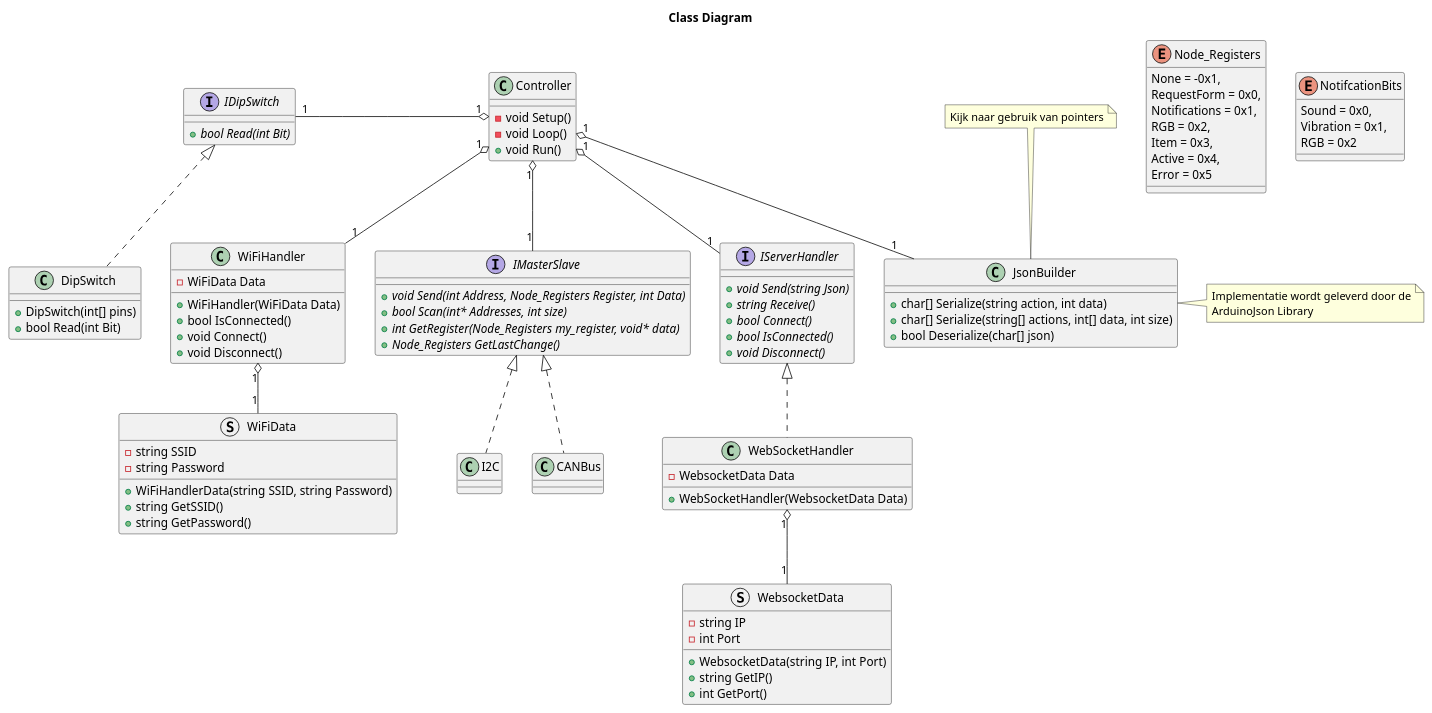
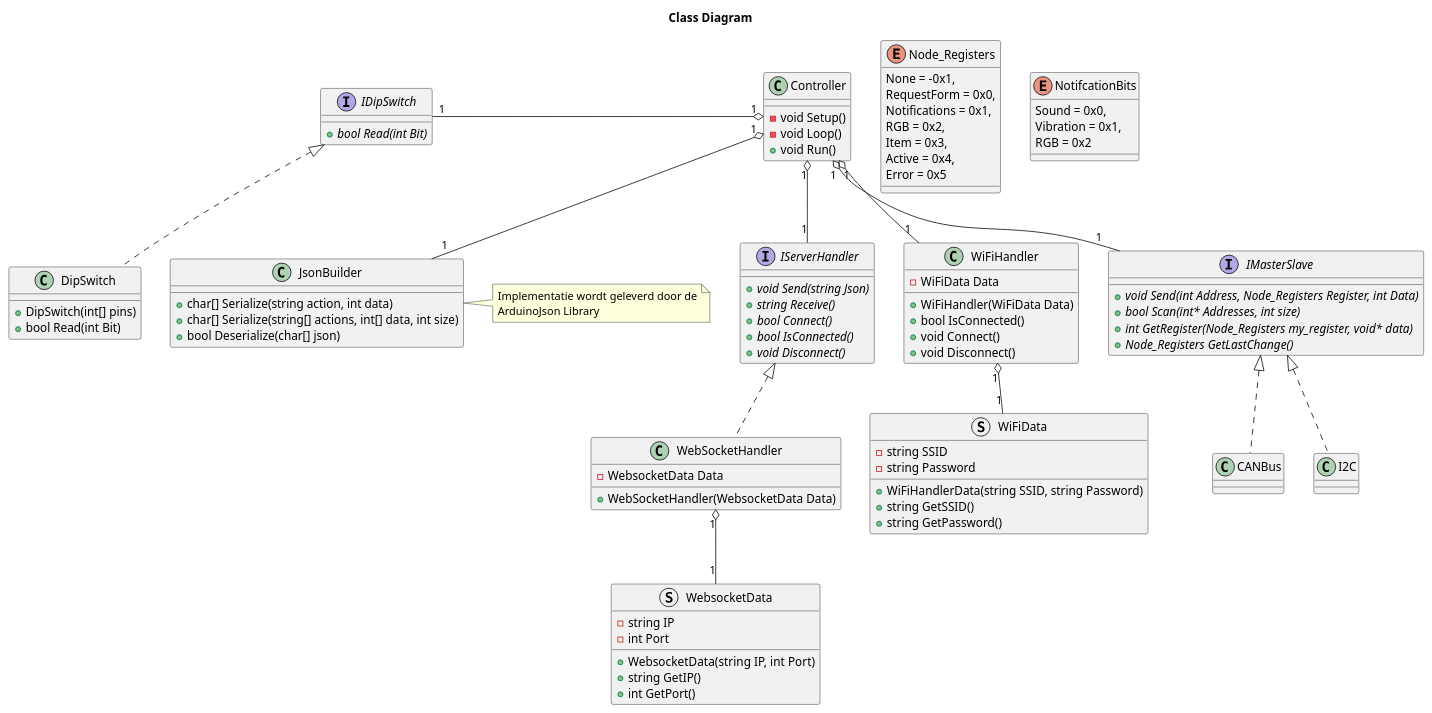
Before and after one commit to T3-FindIt/FindIt: the diagram in Designs/ESP-32/Design.wsd, drawn with PlantUML.

Commit message:
Removed Note

```diff
--- a/Designs/ESP-32/Design.wsd
+++ b/Designs/ESP-32/Design.wsd
@@ -1,125 +1,124 @@
 @startuml ClassDiagram
 Title Class Diagram
 
 Class Controller
 {
     {method} - void Setup()
     {method} - void Loop()
     {method} + void Run()
 }
 
 Interface IServerHandler
 {
     {abstract} + void Send(string Json)
     {abstract} + string Receive()
     {abstract} + bool Connect()
     {abstract} + bool IsConnected()
     {abstract} + void Disconnect()
 }
 
 Class WiFiHandler
 {
     {field} - WiFiData Data
     {method} + WiFiHandler(WiFiData Data)
     {method} + bool IsConnected()
     {method} + void Connect()
     {method} + void Disconnect()
 }
 
 Class WebSocketHandler
 {
     {field} - WebsocketData Data
     {method} + WebSocketHandler(WebsocketData Data)
 }
 
 Struct WebsocketData
 {
     {field} - string IP
     {field} - int Port
 
     {method} + WebsocketData(string IP, int Port)
     {method} + string GetIP()
     {method} + int GetPort()
 }
 
 Struct WiFiData
 {
     {field} - string SSID
     {field} - string Password
 
     {method} + WiFiHandlerData(string SSID, string Password)
     {method} + string GetSSID()
     {method} + string GetPassword()
 }
 
 Interface IDipSwitch
 {
     {abstract} + bool Read(int Bit)
 }
 
 class DipSwitch
 {
     {method} + DipSwitch(int[] pins)
     {method} + bool Read(int Bit)
 }
 
 
 Interface IMasterSlave
 {
     {abstract} + void Send(int Address, Node_Registers Register, int Data)
     {abstract} + bool Scan(int* Addresses, int size)
     {abstract} + int GetRegister(Node_Registers my_register, void* data)
     {abstract} + Node_Registers GetLastChange()
 
 }
 
 enum Node_Registers
 {
     None = -0x1,
     RequestForm = 0x0,
     Notifications = 0x1,
     RGB = 0x2,
     Item = 0x3,
     Active = 0x4,
     Error = 0x5
 }
 
 enum NotifcationBits 
 {
     Sound = 0x0,
     Vibration = 0x1,
     RGB = 0x2
 }
 
 
 Class JsonBuilder
 {
     {method} + char[] Serialize(string action, int data)
     {method} + char[] Serialize(string[] actions, int[] data, int size)
     {method} + bool Deserialize(char[] json)
 }
 
 note right of JsonBuilder : Implementatie wordt geleverd door de\nArduinoJson Library
-note top of JsonBuilder : Kijk naar gebruik van pointers
 
 ' EMPTY CLASSES
 Class CANBus
 Class I2C
 ' END OF EMPYY CLASSES 
 
 IMasterSlave <|.. I2C
 IMasterSlave <|.. CANBus
 IDipSwitch <|.. DipSwitch
 IServerHandler <|.. WebSocketHandler
 
 Controller "1" o-- "1" WiFiHandler
 Controller "1" o-- "1" IMasterSlave
 Controller "1" o-- "1" JsonBuilder
 Controller "1" o-left- "1" IDipSwitch
 Controller "1" o-- "1" IServerHandler
 
 WiFiHandler "1" o-- "1" WiFiData
 WebSocketHandler "1" o-- "1" WebsocketData
 
 
 @enduml
```
